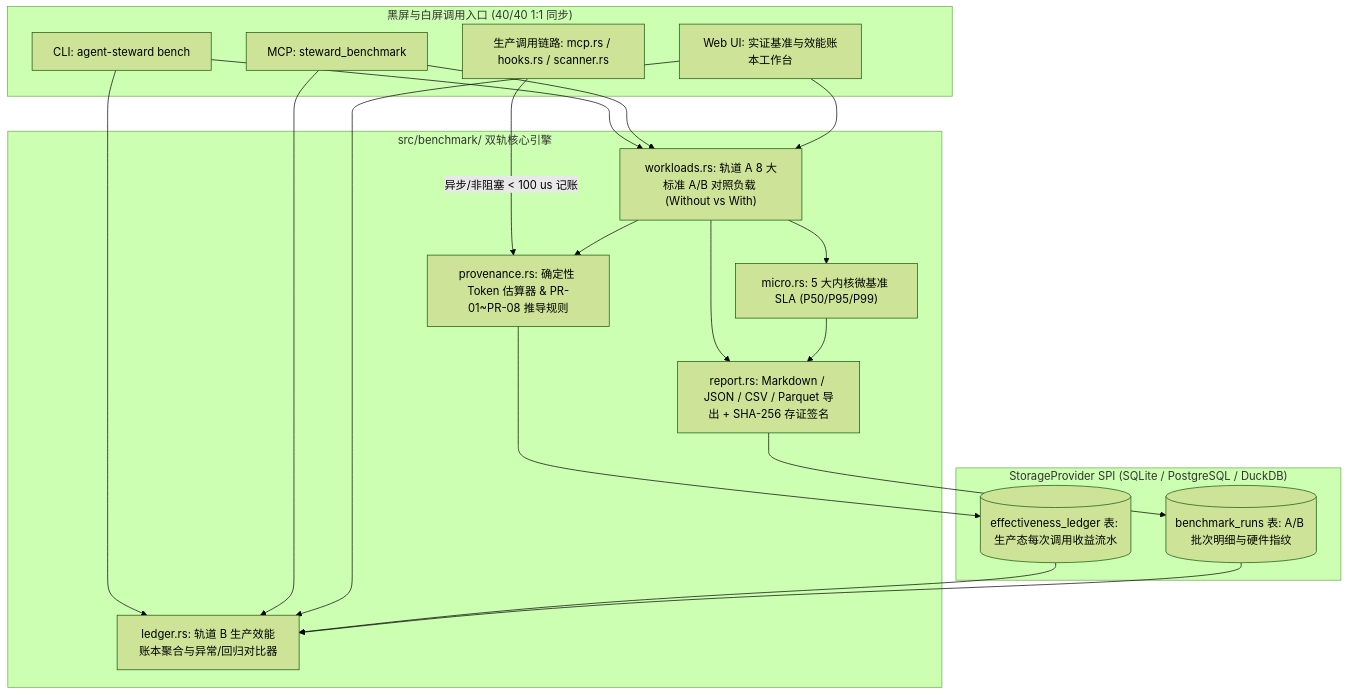
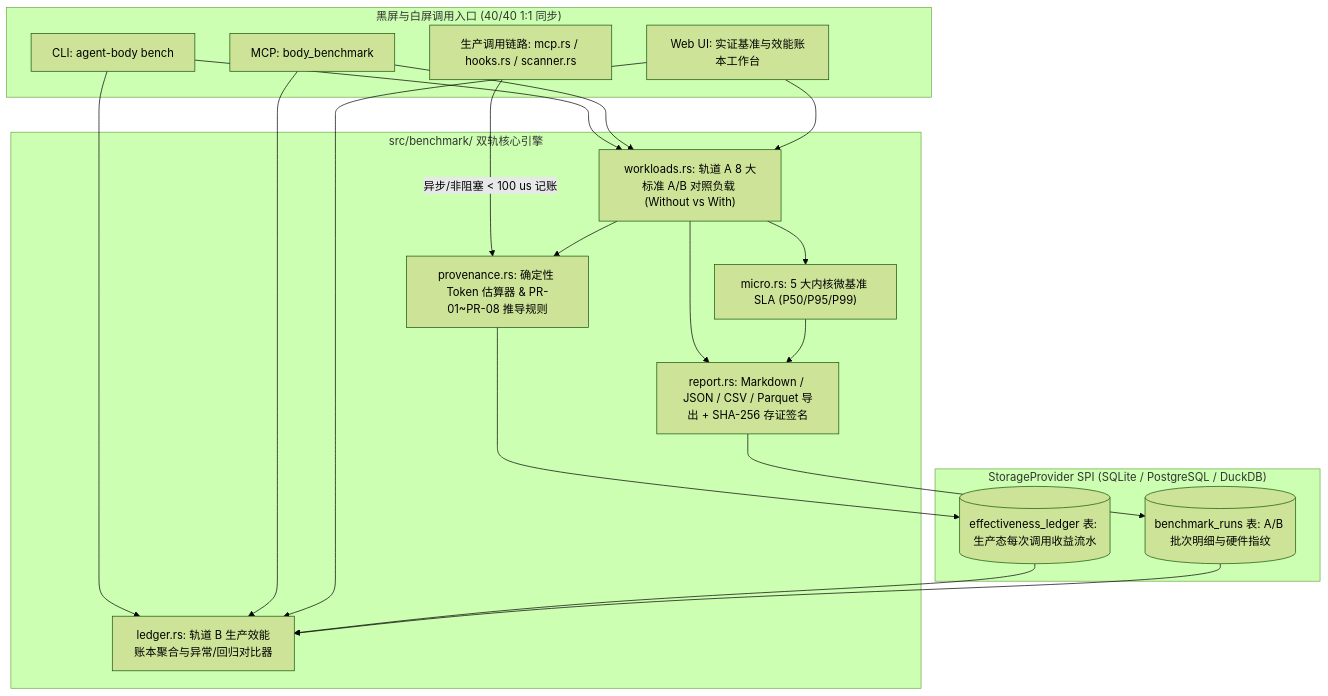
The diagram in docs/design_doc/10-benchmark-spec.md (digoal/agent-body), drawn with Mermaid (forest theme) before and after one commit. The commit also changed other lines of this file and 111 other files, not shown here.

Commit message:
feat: rename project to agent-body across code, 43 MCP tools, Web UI, Hooks, Mesh, SKILLs, HTML & docs (#31)

````diff
--- a/docs/design_doc/10-benchmark-spec.md
+++ b/docs/design_doc/10-benchmark-spec.md
@@ -46,39 +46,39 @@
 ```mermaid
 flowchart TD
     subgraph ClientSide["黑屏与白屏调用入口 (40/40 1:1 同步)"]
-        CLI["CLI: agent-steward bench"]
-        MCP["MCP: steward_benchmark"]
+        CLI["CLI: agent-body bench"]
+        MCP["MCP: body_benchmark"]
         Hooks["生产调用链路: mcp.rs / hooks.rs / scanner.rs"]
         WebUI["Web UI: 实证基准与效能账本工作台"]
     end
 
     subgraph BenchCore["src/benchmark/ 双轨核心引擎"]
         Prov["provenance.rs: 确定性 Token 估算器 & PR-01~PR-08 推导规则"]
         Workloads["workloads.rs: 轨道 A 8 大标准 A/B 对照负载 (Without vs With)"]
         Micro["micro.rs: 5 大内核微基准 SLA (P50/P95/P99)"]
         Ledger["ledger.rs: 轨道 B 生产效能账本聚合与异常/回归对比器"]
         Report["report.rs: Markdown / JSON / CSV / Parquet 导出 + SHA-256 存证签名"]
     end
 
     subgraph StorageSPI["StorageProvider SPI (SQLite / PostgreSQL / DuckDB)"]
         RunsTbl[("benchmark_runs 表: A/B 批次明细与硬件指纹")]
         LedgerTbl[("effectiveness_ledger 表: 生产态每次调用收益流水")]
     end
 
     CLI --> Workloads
     MCP --> Workloads
     WebUI --> Workloads
     CLI --> Ledger
     MCP --> Ledger
     WebUI --> Ledger
 
     Hooks -- "异步/非阻塞 < 100 us 记账" --> Prov
     Prov --> LedgerTbl
     Workloads --> Prov
     Workloads --> Micro
     Workloads --> Report
     Micro --> Report
     Report --> RunsTbl
     LedgerTbl --> Ledger
     RunsTbl --> Ledger
 ```
````
